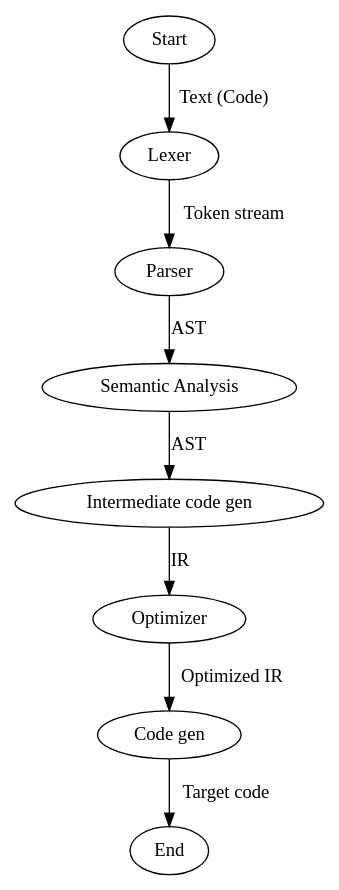
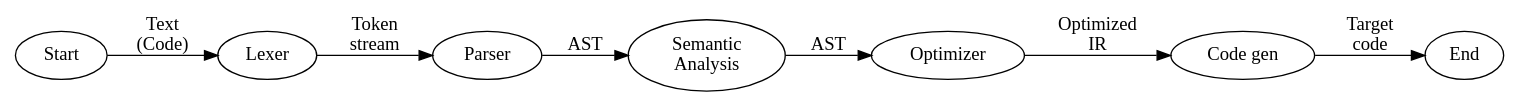
One commit to luc-tielen/talks changed the diagram in ast_transforms/schematics/compiler_structure.dot. Above: the diagram before and after it, drawn with Graphviz. The commit also changed 14 other files, not shown here.

```diff
--- a/ast_transforms/schematics/compiler_structure.dot
+++ b/ast_transforms/schematics/compiler_structure.dot
@@ -1,9 +1,9 @@
 digraph {
-  Start -> Lexer [label="Text (Code)"];
-  Lexer -> Parser [label="Token stream"];
-  Parser -> "Semantic Analysis" [label="AST"];
-  "Semantic Analysis" -> "Intermediate code gen" [label="AST"];
-  "Intermediate code gen" -> Optimizer [label="IR"];
-  Optimizer -> "Code gen" [label="Optimized IR"];
-  "Code gen" -> End [label="Target code"]
+  rankdir = "LR";
+  Start -> Lexer [label="Text\n(Code)"];
+  Lexer -> Parser [label="Token\nstream"];
+  Parser -> "Semantic\nAnalysis" [label="AST"];
+  "Semantic\nAnalysis" -> Optimizer [label="AST"];
+  Optimizer -> "Code gen" [label="Optimized\nIR"];
+  "Code gen" -> End [label="Target\ncode"]
 }
```
